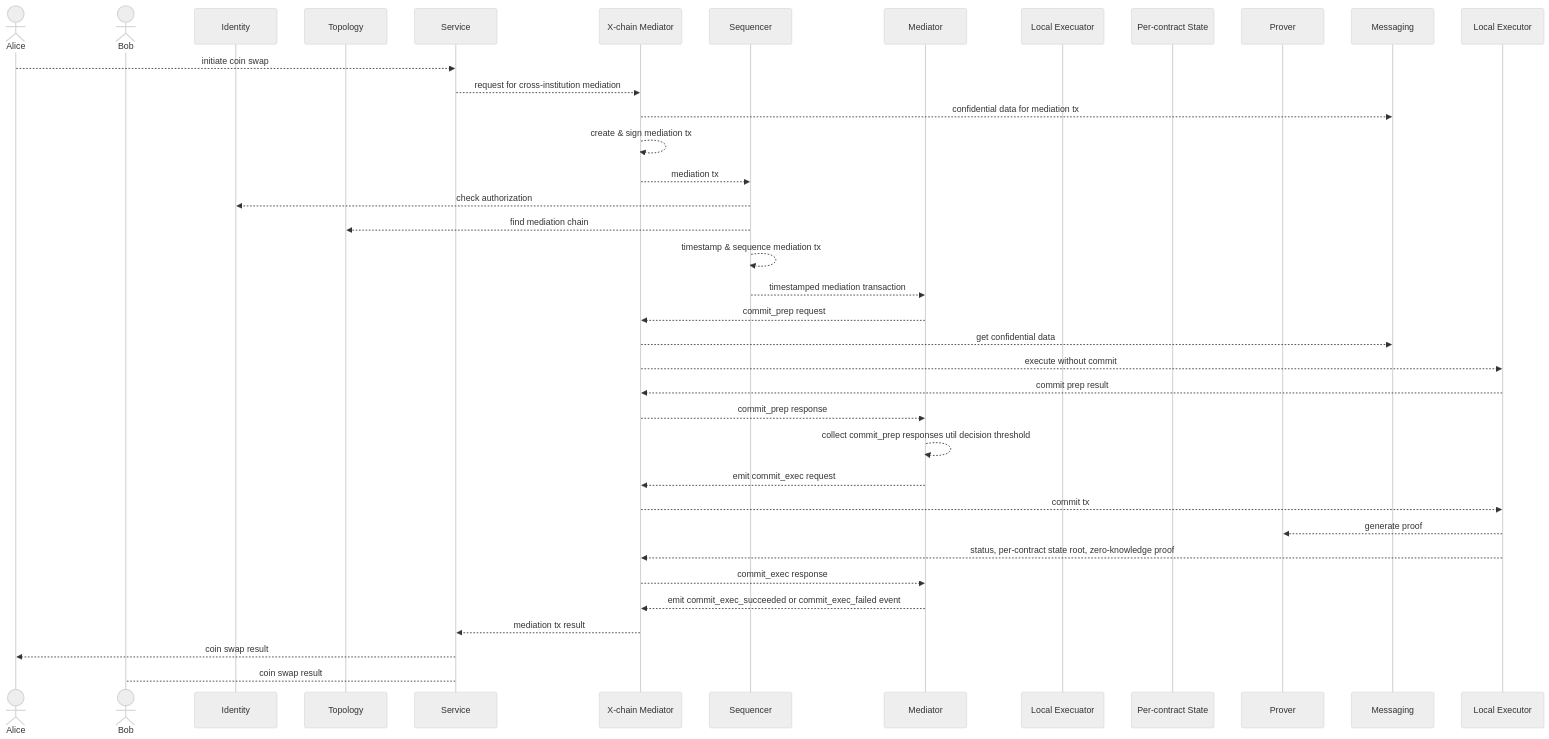
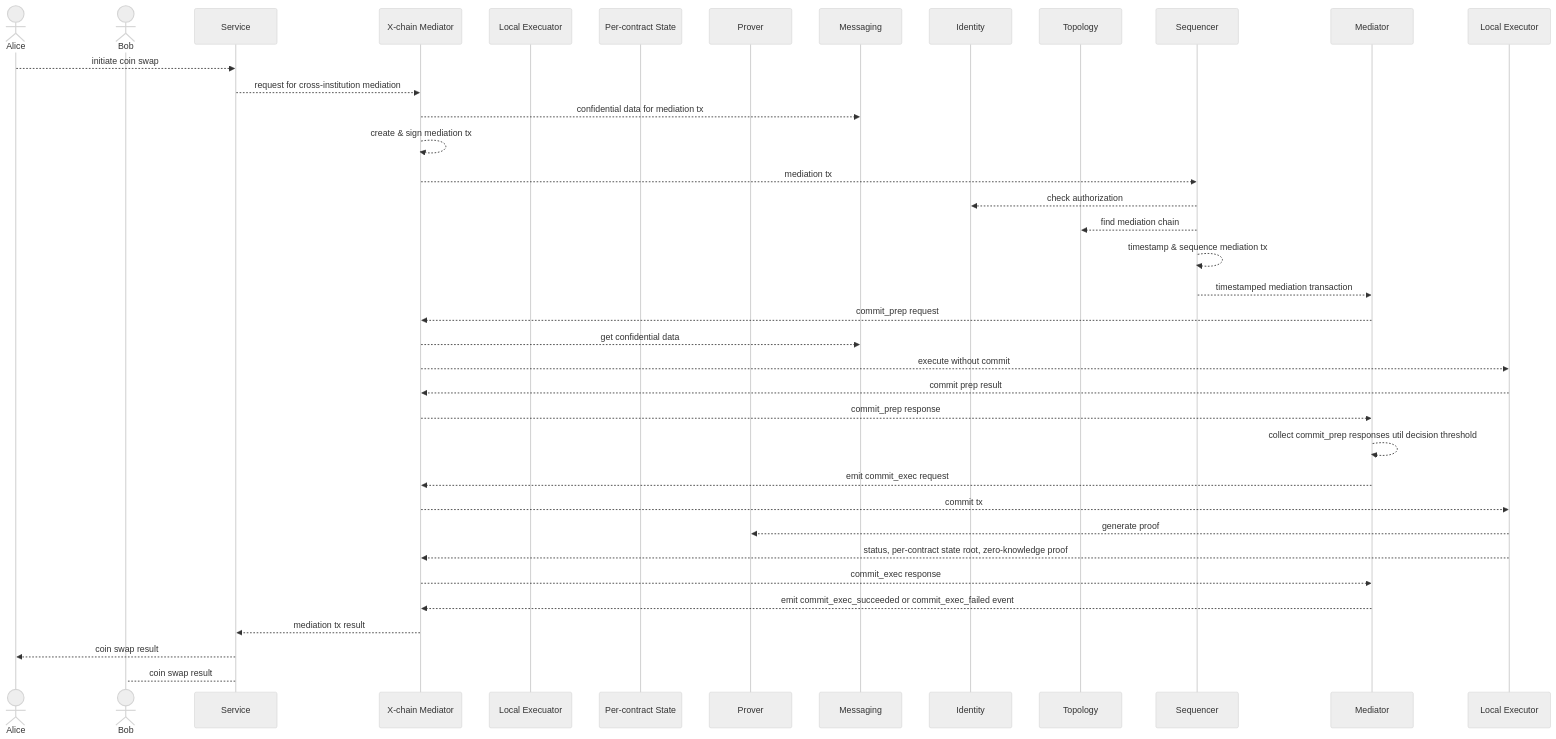
Before and after one commit to PDXbaap/design: the diagram in finance_architecture.md, drawn with Mermaid (neutral theme). The commit also changed other lines of this file, not shown here.

Commit message:
Add missing participants to sequence diagram

````diff
--- a/finance_architecture.md
+++ b/finance_architecture.md
@@ -29,40 +29,40 @@
 ```mermaid
 sequenceDiagram
 actor Alice
 actor Bob
-participant Identity
-participant Topology
 participant Service
 participant X-chain Mediator
-participant Sequencer
-participant Mediator
 participant Local Execuator
 participant Per-contract State
 participant Prover
 participant Messaging
+participant Identity
+participant Topology
+participant Sequencer
+participant Mediator
 
 Alice -->> Service: initiate coin swap
 Service -->> X-chain Mediator: request for cross-institution mediation
 X-chain Mediator -->> Messaging: confidential data for mediation tx
 X-chain Mediator -->> X-chain Mediator: create & sign mediation tx
 X-chain Mediator -->> Sequencer: mediation tx
 Sequencer -->> Identity: check authorization
 Sequencer -->> Topology: find mediation chain
 Sequencer -->> Sequencer: timestamp & sequence mediation tx
 Sequencer -->> Mediator: timestamped mediation transaction
 Mediator -->> X-chain Mediator: commit_prep request
 X-chain Mediator -->> Messaging: get confidential data
 X-chain Mediator -->> Local Executor: execute without commit
 Local Executor -->> X-chain Mediator: commit prep result
 X-chain Mediator -->> Mediator: commit_prep response
 Mediator -->> Mediator: collect commit_prep responses util decision threshold
 Mediator -->> X-chain Mediator: emit commit_exec request
 X-chain Mediator -->> Local Executor: commit tx
 Local Executor -->> Prover: generate proof
 Local Executor -->> X-chain Mediator: status, per-contract state root, zero-knowledge proof
 X-chain Mediator -->> Mediator: commit_exec response
 Mediator -->> X-chain Mediator: emit commit_exec_succeeded or commit_exec_failed event
 X-chain Mediator -->> Service: mediation tx result
 Service -->> Alice: coin swap result
 Service --> Bob: coin swap result
 ```
````
